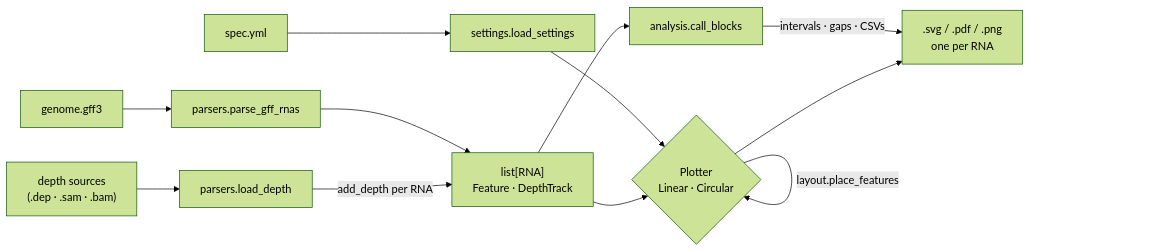
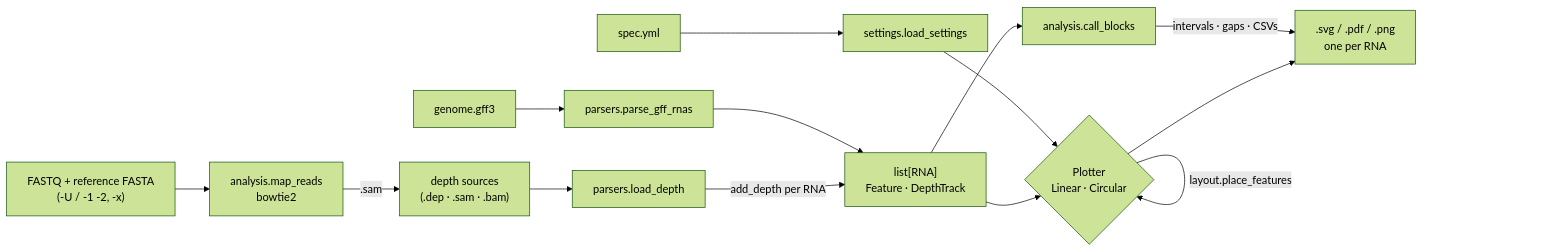
The first of 2 diagrams in docs/ARCHITECTURE.md (kastevens/VirPlot), drawn with Mermaid (forest theme) before and after one commit. The commit also changed other lines of this file and 5 other files, not shown here.

````diff
--- a/docs/ARCHITECTURE.md
+++ b/docs/ARCHITECTURE.md
@@ -15,14 +15,16 @@
 ```mermaid
 flowchart LR
     GFF[genome.gff3] --> P1[parsers.parse_gff_rnas]
+    FQ["FASTQ + reference FASTA<br/>(-U / -1 -2, -x)"] --> B[analysis.map_reads<br/>bowtie2]
+    B -->|.sam| DEP
     DEP["depth sources<br/>(.dep · .sam · .bam)"] --> P2[parsers.load_depth]
     YML[spec.yml] --> S[settings.load_settings]
     P1 --> R["list[RNA]<br/>Feature · DepthTrack"]
     P2 -->|add_depth per RNA| R
     S --> PL
     R --> A[analysis.call_blocks]
     A -->|intervals · gaps · CSVs| OUT
     R --> PL{"Plotter<br/>Linear · Circular"}
     PL -->|layout.place_features| PL
     PL --> OUT[".svg / .pdf / .png<br/>one per RNA"]
 ```
````
